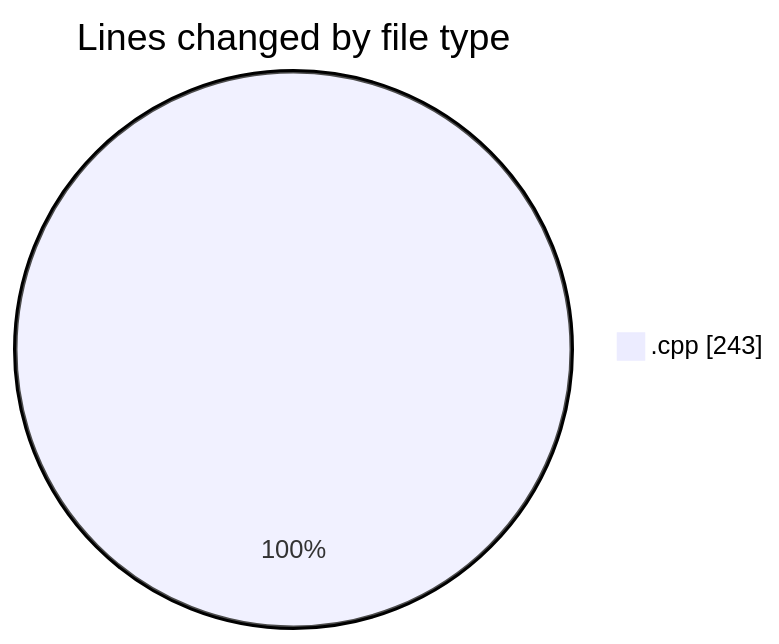
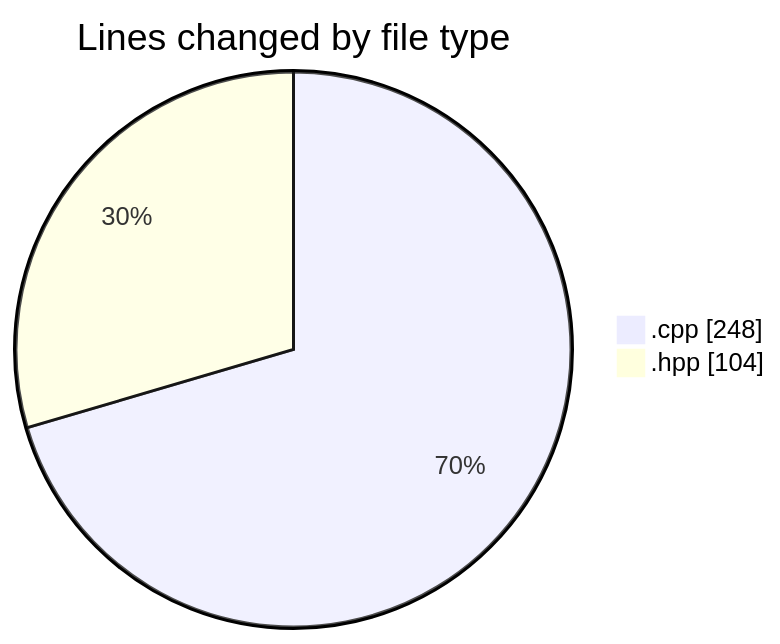
Before and after one commit to Netris89/code-tracking: the first of 2 diagrams in 2025-05-08/date/README.md, drawn with Mermaid. The commit also changed other lines of this file and 1 other file, not shown here.

````diff
--- a/2025-05-08/date/README.md
+++ b/2025-05-08/date/README.md
@@ -21,5 +22,6 @@
 ```mermaid
 pie showData
 title Lines changed by file type
-".cpp" : 243
+".cpp" : 248
+".hpp" : 104
 ```
````
